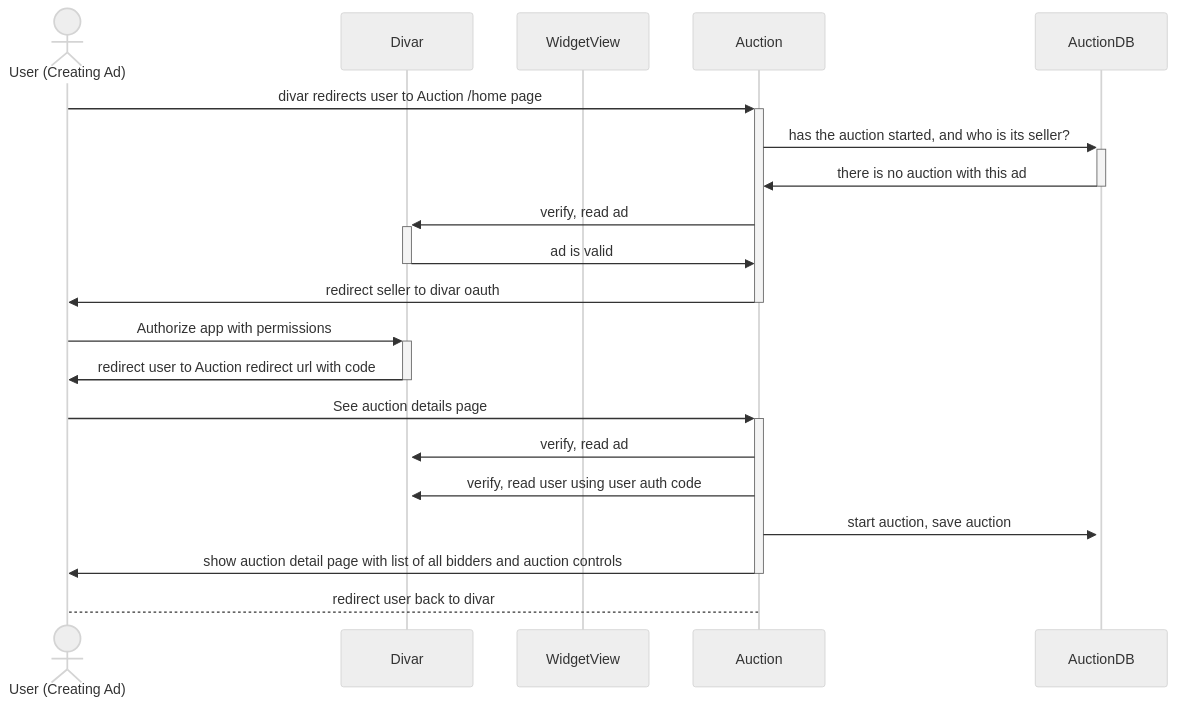
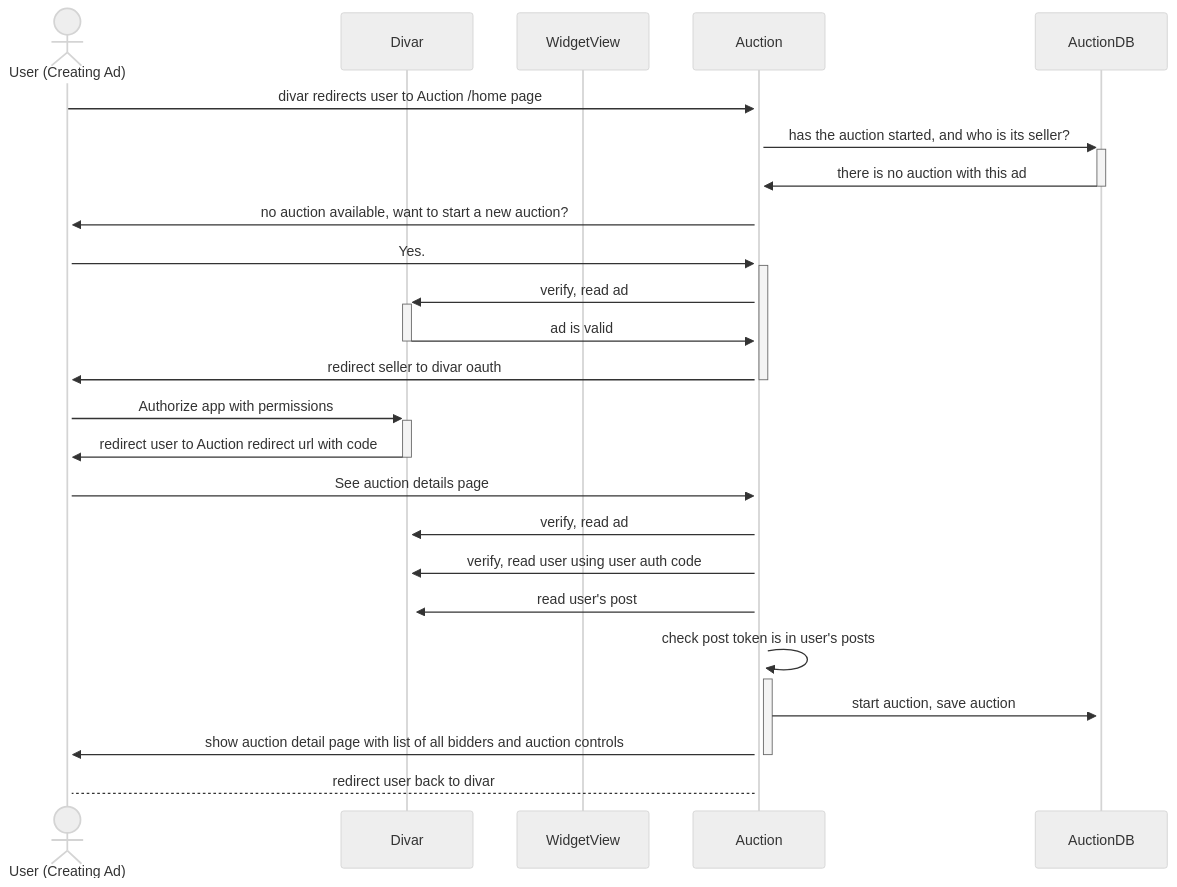
The second of 4 diagrams in README.md (sehraramiz/divar-auction), drawn with Mermaid (neutral theme) before and after one commit.

Commit message:
doc: fix auction seller diagram

````diff
--- a/README.md
+++ b/README.md
@@ -37,22 +37,26 @@
 ```mermaid
 sequenceDiagram
     actor U as User (Creating Ad)
     participant Divar
     participant WidgetView
     participant Auc as Auction
     participant AucDB as AuctionDB
     U->>+Auc: divar redirects user to Auction /home page
     Auc->>+AucDB: has the auction started, and who is its seller?
     AucDB->>-Auc: there is no auction with this ad
+    Auc->>+U: no auction available, want to start a new auction?
+    U->>+Auc: Yes.
     Auc->>+Divar: verify, read ad
     Divar->>-Auc: ad is valid
     Auc->>-U: redirect seller to divar oauth
     U->>+Divar: Authorize app with permissions
     Divar->>-U: redirect user to Auction redirect url with code
     U->>+Auc: See auction details page
     Auc->>+Divar: verify, read ad
     Auc->>+Divar: verify, read user using user auth code
+    Auc->>+Divar: read user's post
+    Auc->>+Auc: check post token is in user's posts
     Auc->>+AucDB: start auction, save auction
     Auc->>-U: show auction detail page with list of all bidders and auction controls
     Auc-->U: redirect user back to divar
 ```
````
